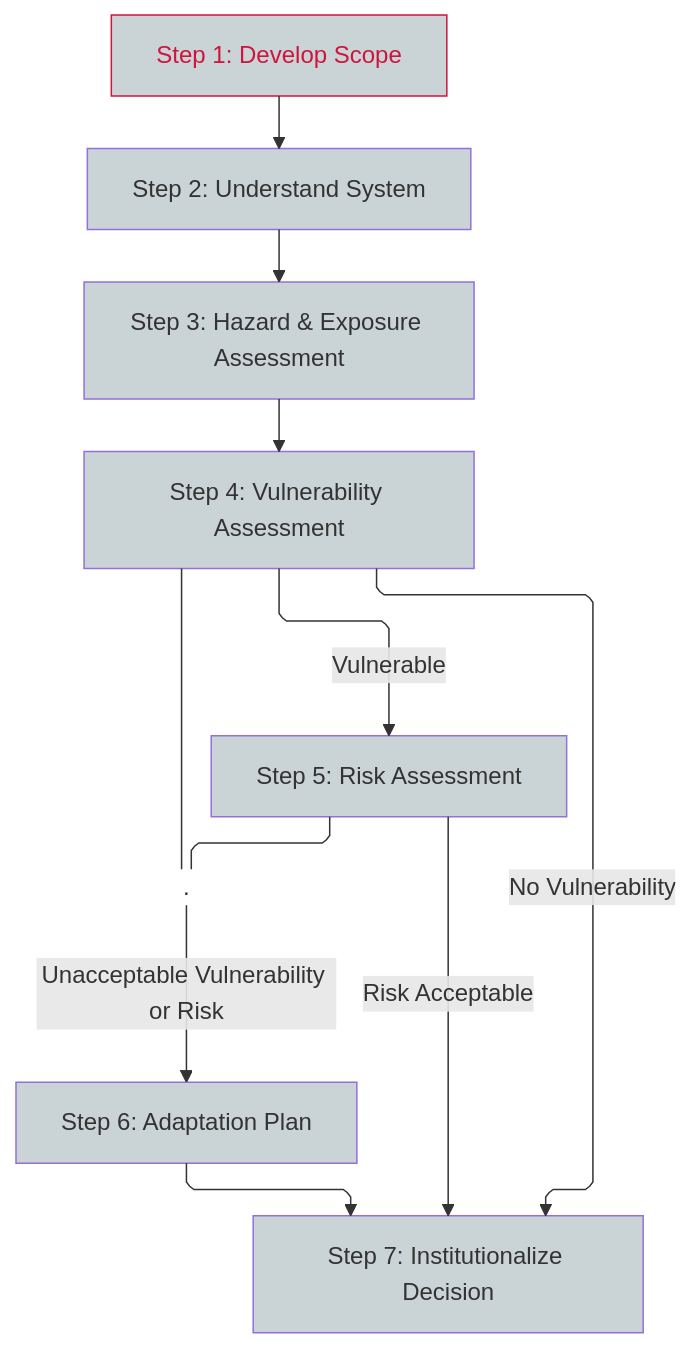
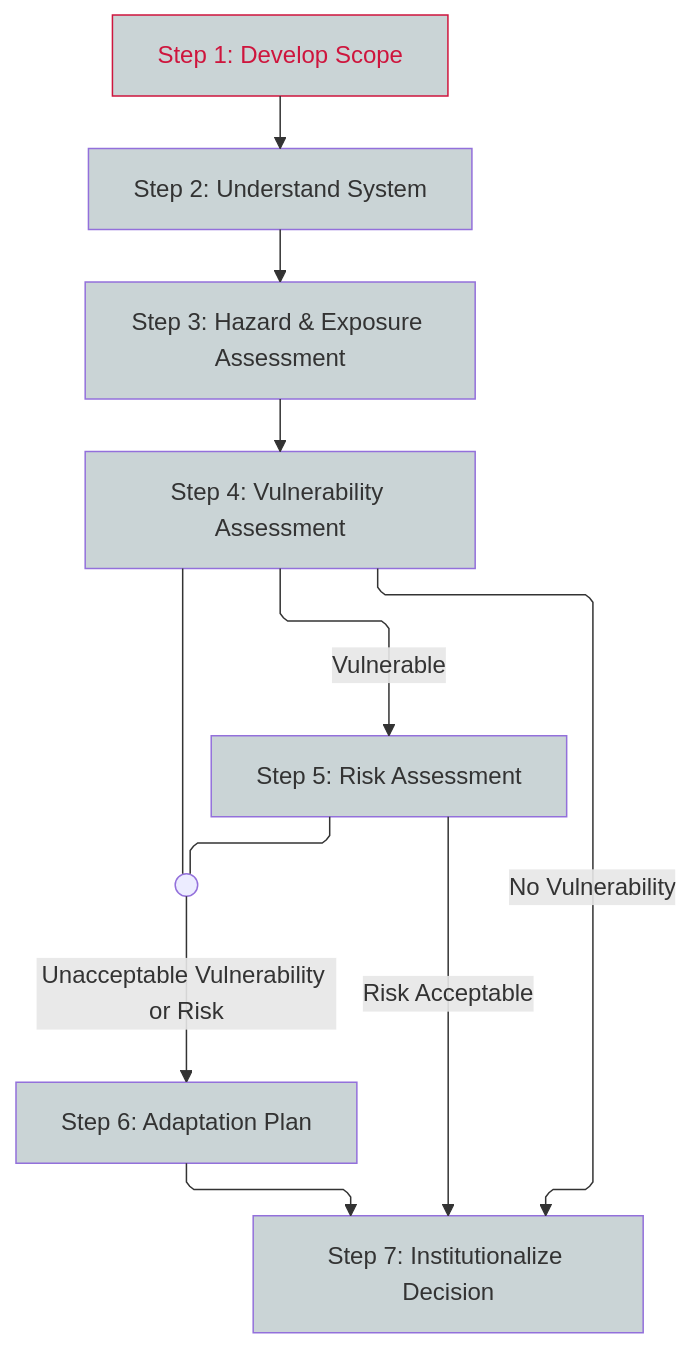
One commit to Ouranosinc/energy_climate_data_guide changed the diagram in ecdg_report/adaptation/risk_step1.qmd. Above: the diagram before and after it, drawn with Mermaid. The commit also changed other lines of this file and 8 other files, not shown here.

Commit message:
repaired all flowcharts in vulnerability assessment; repaired fenced sections (start)

````diff
--- a/ecdg_report/adaptation/risk_step1.qmd
+++ b/ecdg_report/adaptation/risk_step1.qmd
@@ -26,26 +26,26 @@
 ```{mermaid}
 %%| fig-align: center
 %%| fig-cap: "Generic Workflow for Adaptation"
 ---
 config:
     flowchart:
         curve: linear
 ---
 flowchart-elk TD
     A[Step 1: Develop Scope]:::focus --> B[Step 2: Understand System]:::basic
     B --> C[Step 3: Hazard & Exposure Assessment]:::basic
     C --> D[Step 4: Vulnerability Assessment]:::basic
     H[Step 7: Institutionalize Decision]:::basic
     D --> |No Vulnerability| H
     D --> |Vulnerable| E[Step 5: Risk Assessment]:::basic
     F[Step 6: Adaptation Plan]:::basic
-    D --- J1((.)):::join
     E --- J1
+    D --- J1(( )):::join
     J1 --> |Unacceptable Vulnerability or Risk| F
     E --> |Risk Acceptable| H
     F --> H
 
     classDef basic fill:#CAD4D6
     classDef focus fill:#CAD4D6, stroke:#CE153D, color:#CE153D
-    classDef join fill:none,stroke:none
+    classDef join height:0px
 ```
````
